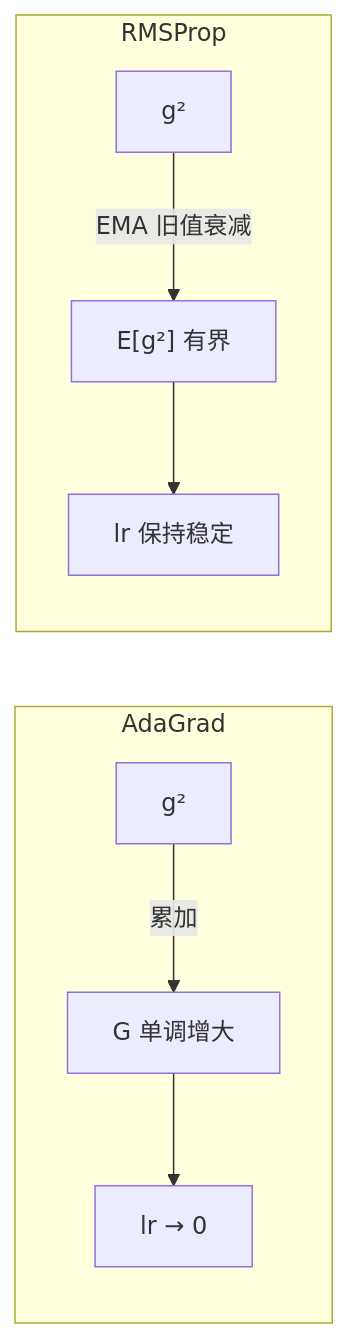
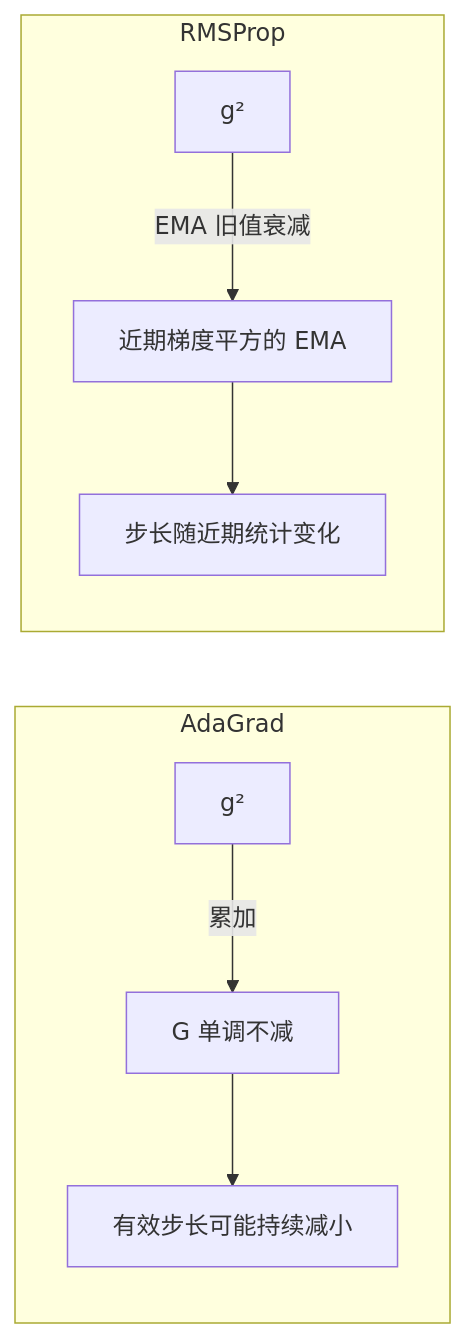
The second of 3 diagrams in posts/2026-05-29-Optimizer-从SGD到AdamW.md (WryGill/wrygill.github.io), drawn with Mermaid before and after one commit. The commit also changed other lines of this file and 13 other files, not shown here.

````diff
--- a/posts/2026-05-29-Optimizer-从SGD到AdamW.md
+++ b/posts/2026-05-29-Optimizer-从SGD到AdamW.md
@@ -100,11 +93,11 @@
 ```mermaid
 graph LR
     subgraph AdaGrad
-        A1["g²"] -->|"累加"| A2["G 单调增大"]
-        A2 --> A3["lr → 0"]
+        A1["g²"] -->|"累加"| A2["G 单调不减"]
+        A2 --> A3["有效步长可能持续减小"]
     end
     subgraph RMSProp
-        R1["g²"] -->|"EMA 旧值衰减"| R2["E[g²] 有界"]
-        R2 --> R3["lr 保持稳定"]
+        R1["g²"] -->|"EMA 旧值衰减"| R2["近期梯度平方的 EMA"]
+        R2 --> R3["步长随近期统计变化"]
     end
 ```
````
